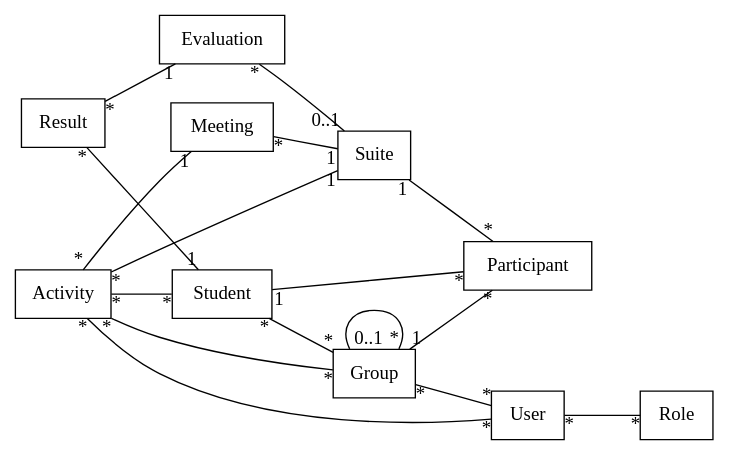
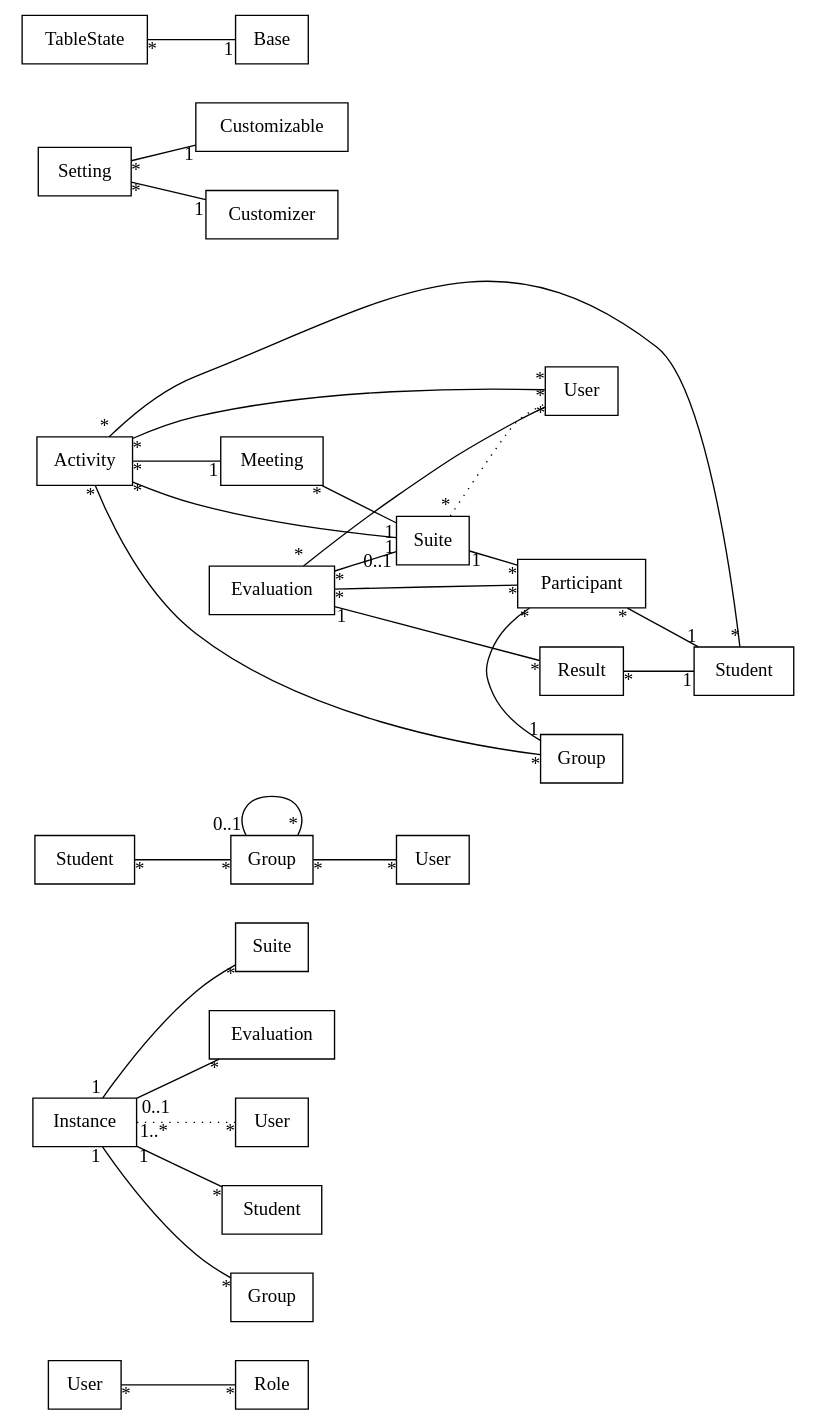
The diagram in doc/sv/er.dot (digilys/digilys), drawn with Graphviz before and after one commit. The commit also changed 1 other file, not shown here.

```diff
--- a/doc/sv/er.dot
+++ b/doc/sv/er.dot
@@ -1,32 +1,89 @@
 digraph ER {
     
     nodesep = 0.4;
 
-    graph [ rankdir=LR overlap=scalexy splines=true];
-    node  [ shape=box ];
-    edge  [ dir=none ];
+    graph [ rankdir=LR overlap=false splines=true ];
+    node  [ shape=box                               ];
+    edge  [ dir=none                                ];
 
-    User       -> Role        [ taillabel="*" headlabel="*" ];
 
-    Student    -> Group       [ taillabel="*" headlabel="*" ];
-    Student    -> Participant [ taillabel="1" headlabel="*" ]
+    // User
 
-    Group      -> Group       [ taillabel="0..1" headlabel="*" ];
-    Group      -> User        [ taillabel="*" headlabel="*" ];
-    Group      -> Participant [ taillabel="1" headlabel="*" ];
+    User -> Role [ taillabel="*" headlabel="*" ];
 
-    Suite      -> Participant [ taillabel="1" headlabel="*" ];
+    // Instance associations
 
-    Evaluation -> Suite       [ taillabel="*" headlabel="0..1" ];
+    IUser       [ label="User"       ];
+    IStudent    [ label="Student"    ];
+    IGroup      [ label="Group"      ];
+    ISuite      [ label="Suite"      ];
+    IEvaluation [ label="Evaluation" ];
 
-    Result     -> Evaluation  [ taillabel="*" headlabel="1" ];
-    Result     -> Student     [ taillabel="*" headlabel="1" ];
+    Instance -> IUser       [ taillabel="1..*" headlabel="*" style="dotted" ];
+    Instance -> IStudent    [ taillabel="1"    headlabel="*"                ];
+    Instance -> IGroup      [ taillabel="1"    headlabel="*"                ];
+    Instance -> ISuite      [ taillabel="1"    headlabel="*"                ];
+    Instance -> IEvaluation [ taillabel="0..1" headlabel="*"                ];
 
-    Meeting    -> Suite       [ taillabel="*" headlabel="1" ];
+    // Students and groups
 
-    Activity   -> Suite       [ taillabel="*" headlabel="1" ];
-    Activity   -> Meeting     [ taillabel="*" headlabel="1" ];
-    Activity   -> Student     [ taillabel="*" headlabel="*" ];
-    Activity   -> User        [ taillabel="*" headlabel="*" ];
-    Activity   -> Group       [ taillabel="*" headlabel="*" ];
+    SGUser [ label="User" ];
+
+    Student -> Group  [ taillabel="*"    headlabel="*" ];
+
+    Group   -> Group  [ taillabel="0..1" headlabel="*" ];
+    Group   -> SGUser [ taillabel="*"    headlabel="*" ];
+
+    // Suite and children
+
+    SUser    [ label="User"    ];
+    SStudent [ label="Student" ];
+    SGroup   [ label="Group"   ];
+
+    subgraph cluster_suite {
+        // Group primary suite associations for a clearer graph
+        style=invisible;
+        Suite;
+        Evaluation;
+        Meeting;
+        Activity;
+        Participant;
+    }
+
+    subgraph cluster_result {
+        // Group result related associations for a clearer graph
+        style=invisible;
+        Result;
+        SStudent;
+        SGroup;
+        Participant;
+    }
+
+    Suite       -> Participant  [ taillabel="1"    headlabel="*"                   ];
+    Suite       -> SUser        [ taillabel="*"    headlabel="*"    style="dotted" ];
+
+    Evaluation  -> Suite        [ taillabel="*"    headlabel="0..1"                ];
+    Evaluation  -> SUser        [ taillabel="*"    headlabel="*"                   ];
+    Evaluation  -> Participant  [ taillabel="*"    headlabel="*"                   ];
+
+    Participant -> SStudent     [ taillabel="*"    headlabel="1"                   ]
+    Participant -> SGroup       [ taillabel="*"    headlabel="1"                   ];
+
+    Result      -> Evaluation   [ taillabel="*"    headlabel="1"                   ];
+    Result      -> SStudent     [ taillabel="*"    headlabel="1"                   ];
+
+    Meeting     -> Suite        [ taillabel="*"    headlabel="1"                   ];
+
+    Activity    -> Suite        [ taillabel="*"    headlabel="1"                   ];
+    Activity    -> Meeting      [ taillabel="*"    headlabel="1"                   ];
+    Activity    -> SStudent     [ taillabel="*"    headlabel="*"                   ];
+    Activity    -> SUser        [ taillabel="*"    headlabel="*"                   ];
+    Activity    -> SGroup       [ taillabel="*"    headlabel="*"                   ];
+
+    // Polymorphic
+
+    Setting     -> Customizable [ taillabel="*"    headlabel="1"                   ];
+    Setting     -> Customizer   [ taillabel="*"    headlabel="1"                   ];
+
+    TableState  -> Base         [ taillabel="*"    headlabel="1"                   ];
 }
```
